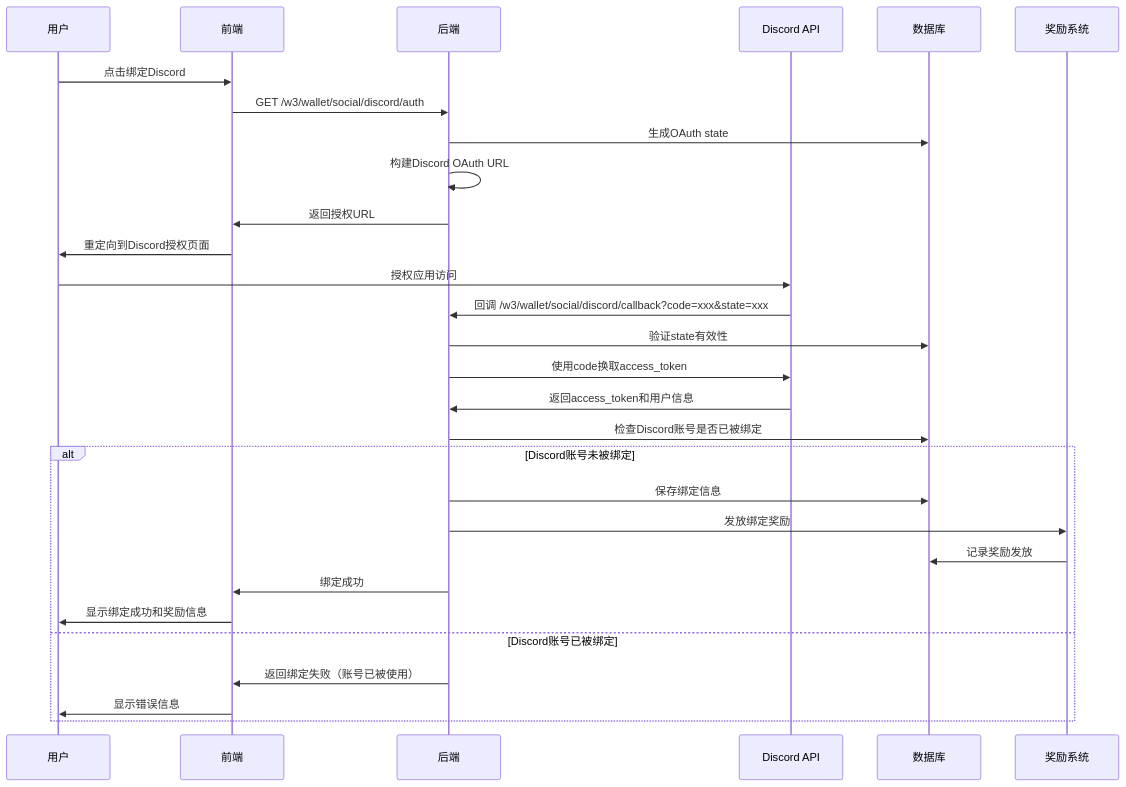
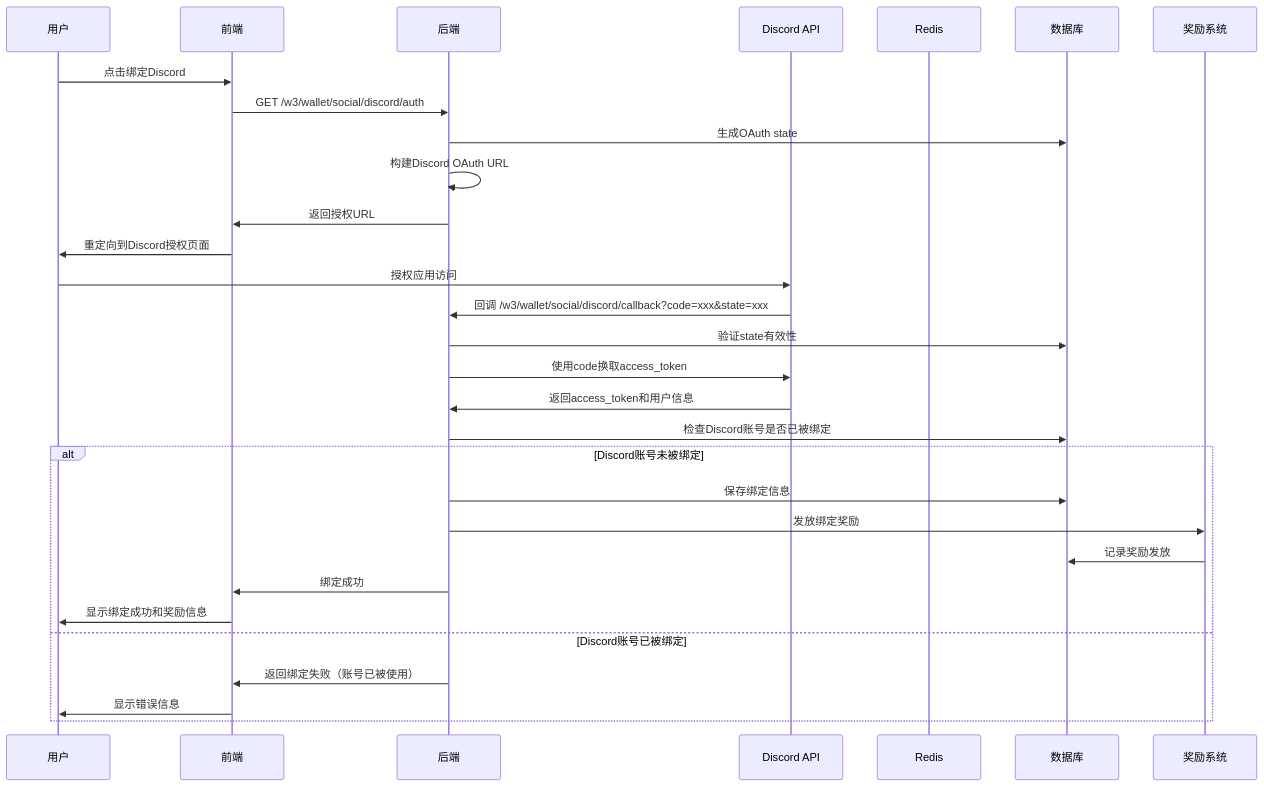
The diagram in all/未命名-71.md (yingjianzh/iodraw-files), drawn with Mermaid before and after one commit.

Commit message:
2025-07-03 14:57:12 update

````diff
--- a/all/未命名-71.md
+++ b/all/未命名-71.md
@@ -1,35 +1,35 @@
 ```mermaid
 sequenceDiagram
     participant User as 用户
     participant Frontend as 前端
     participant Backend as 后端
     participant Discord as Discord API
-    participant DB as 数据库
+    participant Redis as Redis
     participant DB as 数据库
     participant Reward as 奖励系统
 
     User->>Frontend: 点击绑定Discord
     Frontend->>Backend: GET /w3/wallet/social/discord/auth
     Backend->>DB: 生成OAuth state
     Backend->>Backend: 构建Discord OAuth URL
     Backend->>Frontend: 返回授权URL
     Frontend->>User: 重定向到Discord授权页面
     
     User->>Discord: 授权应用访问
     Discord->>Backend: 回调 /w3/wallet/social/discord/callback?code=xxx&state=xxx
     Backend->>DB: 验证state有效性
     Backend->>Discord: 使用code换取access_token
     Discord->>Backend: 返回access_token和用户信息
     Backend->>DB: 检查Discord账号是否已被绑定
     
     alt Discord账号未被绑定
         Backend->>DB: 保存绑定信息
         Backend->>Reward: 发放绑定奖励
         Reward->>DB: 记录奖励发放
         Backend->>Frontend: 绑定成功
         Frontend->>User: 显示绑定成功和奖励信息
     else Discord账号已被绑定
         Backend->>Frontend: 返回绑定失败（账号已被使用）
         Frontend->>User: 显示错误信息
     end
 ```
````
